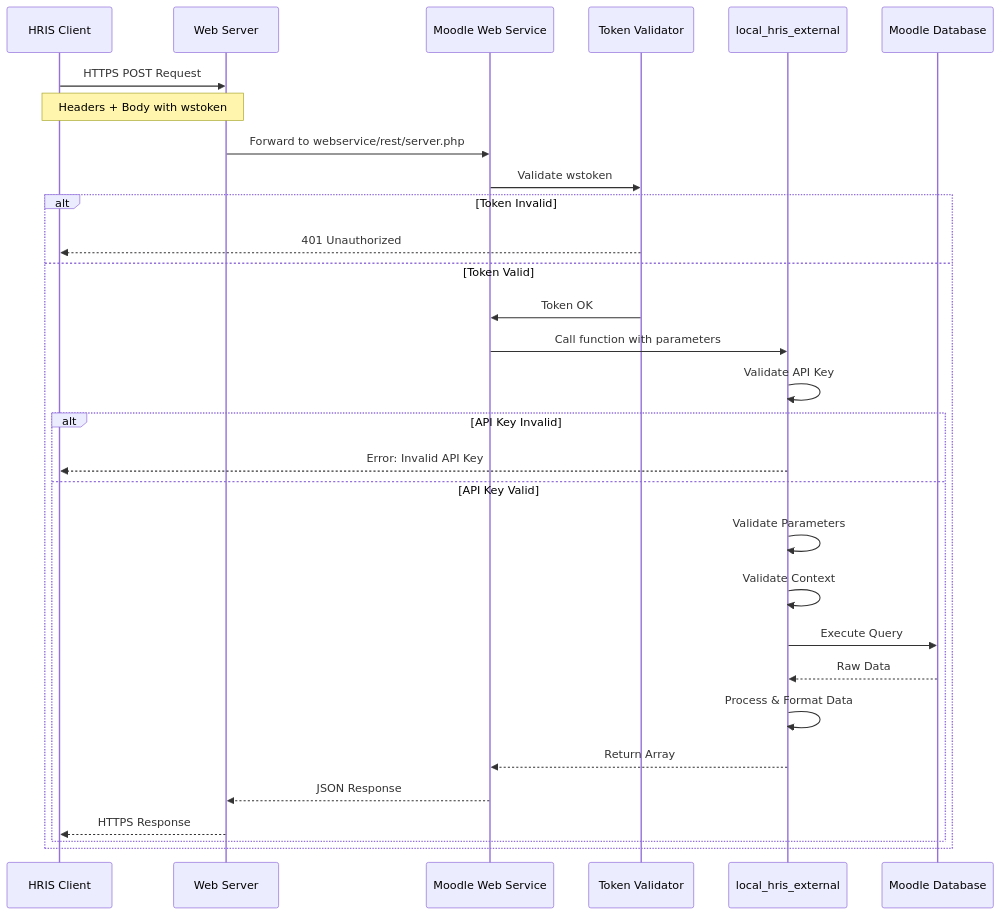
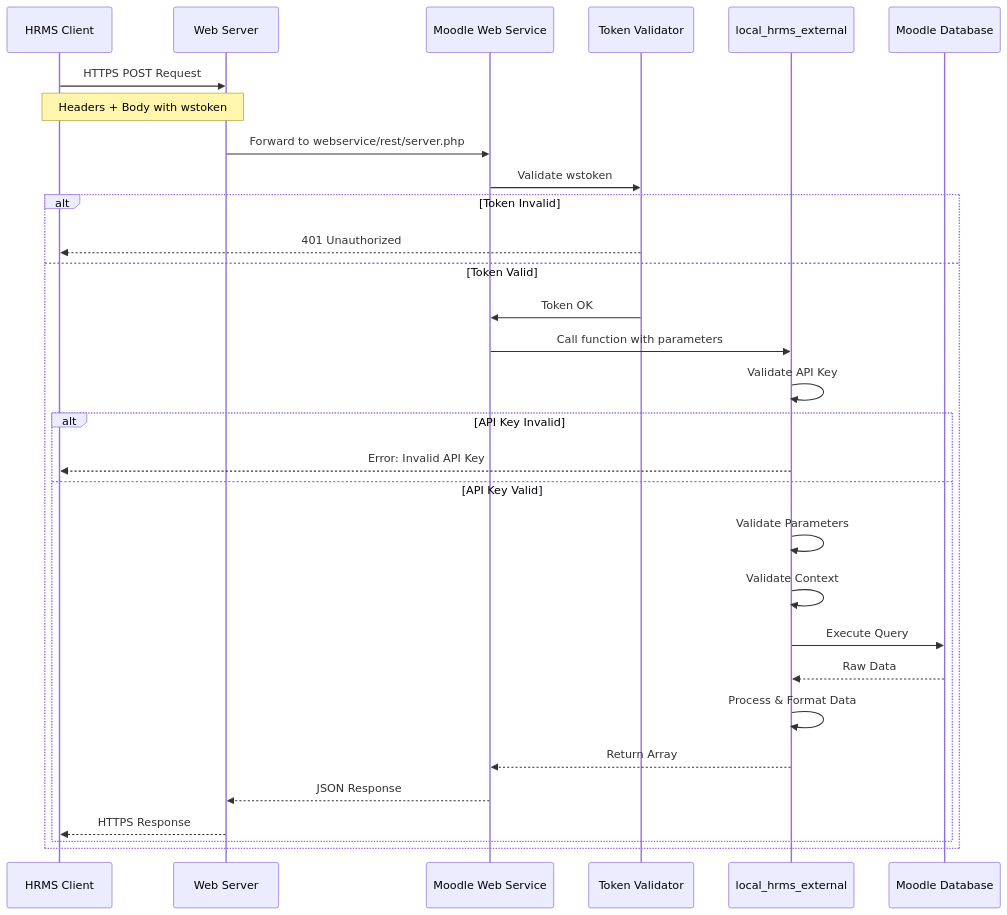
The first of 6 diagrams in DESIGN.md (toosa/moodle-hrms), drawn with Mermaid before and after one commit. The commit also changed other lines of this file and 18 other files, not shown here.

First line of the commit message:
Refactor HRIS Integration to HRMS Integration

````diff
--- a/DESIGN.md
+++ b/DESIGN.md
@@ -303,41 +303,41 @@
 ```mermaid
 sequenceDiagram
-    participant Client as HRIS Client
+    participant Client as HRMS Client
     participant Server as Web Server
     participant WS as Moodle Web Service
     participant Token as Token Validator
-    participant API as local_hris_external
+    participant API as local_hrms_external
     participant DB as Moodle Database
     
     Client->>Server: HTTPS POST Request
     Note over Client,Server: Headers + Body with wstoken
     
     Server->>WS: Forward to webservice/rest/server.php
     
     WS->>Token: Validate wstoken
     
     alt Token Invalid
         Token-->>Client: 401 Unauthorized
     else Token Valid
         Token->>WS: Token OK
         WS->>API: Call function with parameters
         
         API->>API: Validate API Key
         
         alt API Key Invalid
             API-->>Client: Error: Invalid API Key
         else API Key Valid
             API->>API: Validate Parameters
             API->>API: Validate Context
             
             API->>DB: Execute Query
             DB-->>API: Raw Data
             
             API->>API: Process & Format Data
             
             API-->>WS: Return Array
             WS-->>Server: JSON Response
             Server-->>Client: HTTPS Response
         end
     end
 ```
````
